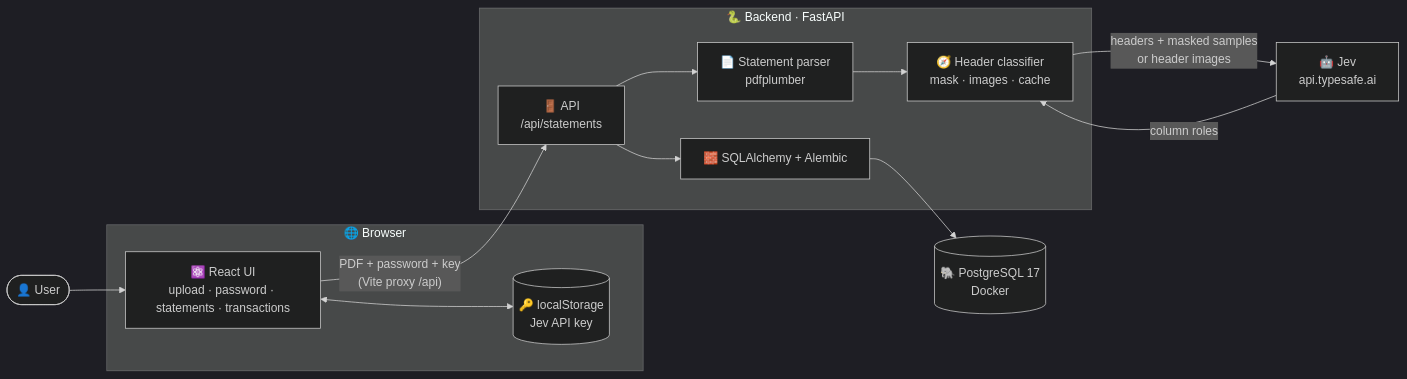
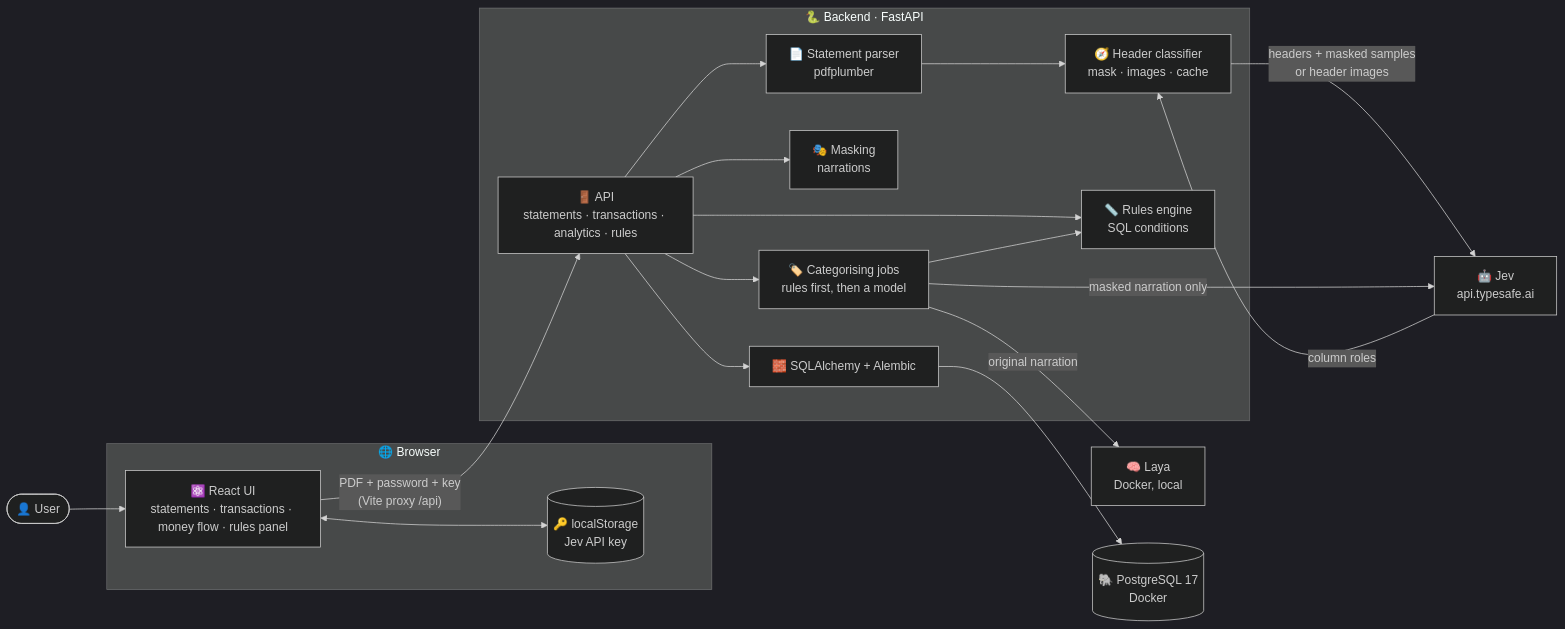
The first of 4 diagrams in README.md (Arindam-Mondal/track-my-money), drawn with Mermaid (dark theme) before and after one commit. The commit also changed other lines of this file and 35 other files, not shown here.

````diff
--- a/README.md
+++ b/README.md
@@ -77,28 +82,38 @@
 ```mermaid
 flowchart LR
     user(["👤 User"])
 
     subgraph browser["🌐 Browser"]
-        ui["⚛️ React UI<br/>upload · password · statements · transactions"]
+        ui["⚛️ React UI<br/>statements · transactions · money flow · rules panel"]
         key[("🔑 localStorage<br/>Jev API key")]
     end
 
     subgraph backend["🐍 Backend · FastAPI"]
-        api["🚪 API<br/>/api/statements"]
+        api["🚪 API<br/>statements · transactions · analytics · rules"]
         parser["📄 Statement parser<br/>pdfplumber"]
         classifier["🧭 Header classifier<br/>mask · images · cache"]
+        masker["🎭 Masking<br/>narrations"]
+        rules["📏 Rules engine<br/>SQL conditions"]
+        jobs["🏷️ Categorising jobs<br/>rules first, then a model"]
         orm["🧱 SQLAlchemy + Alembic"]
     end
 
     jev["🤖 Jev<br/>api.typesafe.ai"]
+    laya["🧠 Laya<br/>Docker, local"]
     db[("🐘 PostgreSQL 17<br/>Docker")]
 
     user --> ui
     ui <--> key
     ui -- "PDF + password + key<br/>(Vite proxy /api)" --> api
     api --> parser
     parser --> classifier
     classifier -- "headers + masked samples<br/>or header images" --> jev
     jev -- "column roles" --> classifier
+    api --> masker
+    api --> rules
+    api --> jobs
+    jobs --> rules
+    jobs -- "original narration" --> laya
+    jobs -- "masked narration only" --> jev
     api --> orm --> db
 ```
````
